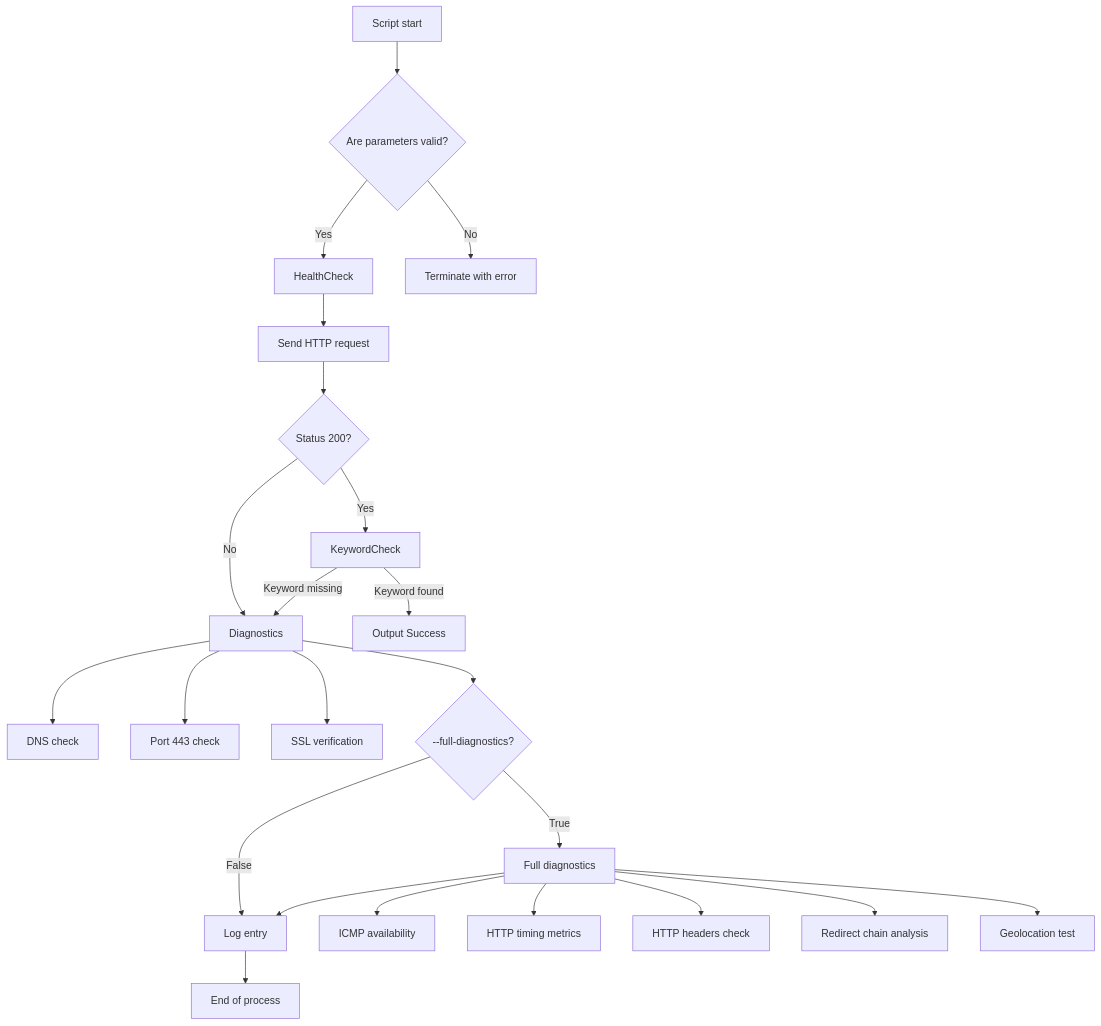
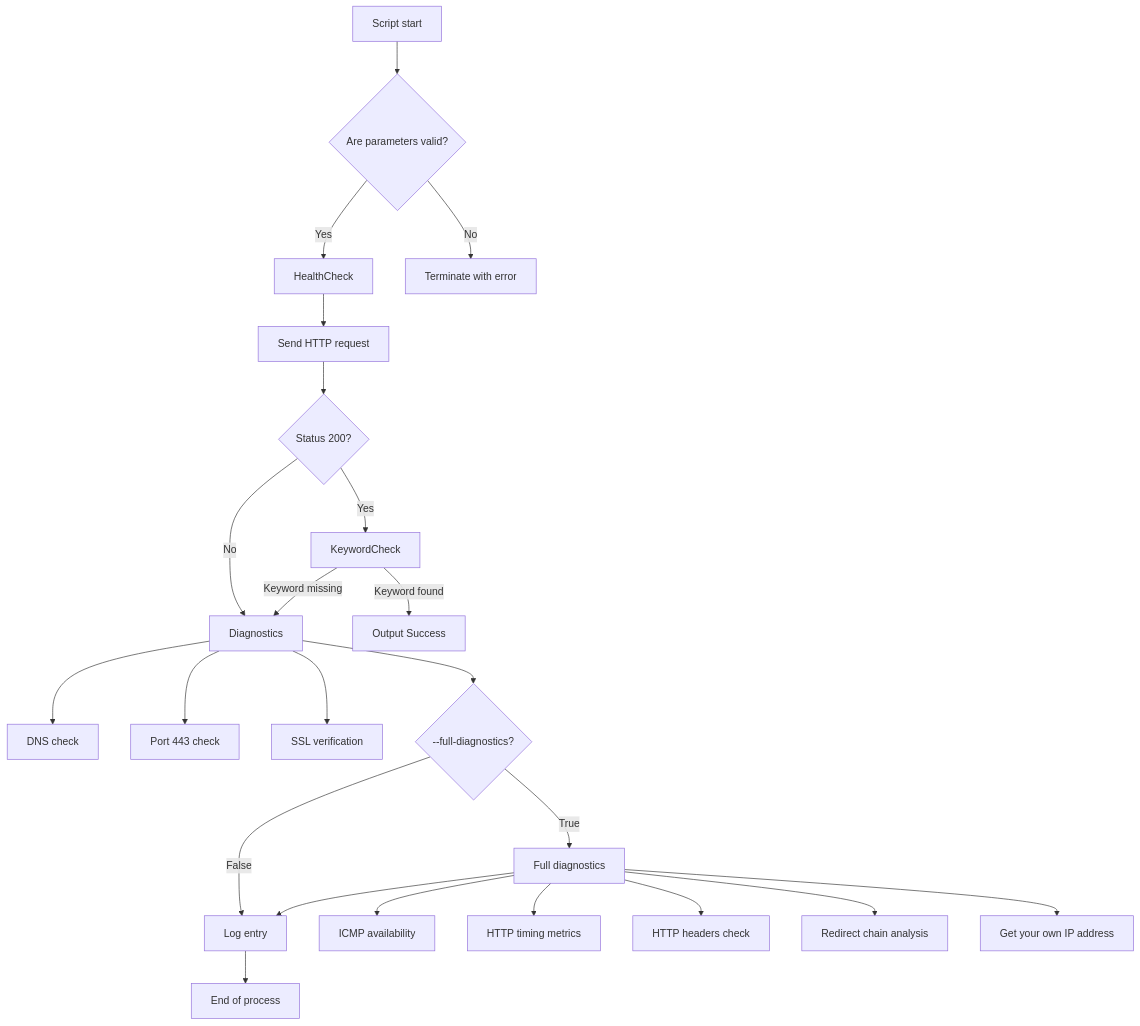
One commit to DeveloperDarkhan/servicehealth changed the diagram in README.md. Above: the diagram before and after it, drawn with Mermaid. The commit also changed 2 other files, not shown here.

Commit message:
Changed schema

````diff
--- a/README.md
+++ b/README.md
@@ -137,29 +137,29 @@
 ```mermaid
 graph TD;
     Start[Script start] --> ParamCheck{Are parameters valid?};
     ParamCheck -->|Yes| HealthCheck;
     ParamCheck -->|No| Error[Terminate with error];
     HealthCheck --> HTTPReq[Send HTTP request];
     HTTPReq --> StatusCheck{Status 200?};
     StatusCheck -->|Yes| KeywordCheck;
     StatusCheck -->|No| Diagnostics;
     KeywordCheck -->|Keyword found| SuccessOutput[Output Success];
     KeywordCheck -->|Keyword missing| Diagnostics;
 
     Diagnostics --> DNS[DNS check];
     Diagnostics --> Port[Port 443 check];
     Diagnostics --> SSL[SSL verification];
     Diagnostics --> CheckFullDiag{--full-diagnostics?};
 
     CheckFullDiag -->|True| FullDiagnostics[Full diagnostics];
     CheckFullDiag -->|False| Log[Log entry];
 
     FullDiagnostics --> Ping[ICMP availability];
     FullDiagnostics --> HTTPTiming[HTTP timing metrics];
     FullDiagnostics --> Headers[HTTP headers check];
     FullDiagnostics --> Redirects[Redirect chain analysis];
-    FullDiagnostics --> Geolocation[Geolocation test];
+    FullDiagnostics --> GetOwnIP[Get your own IP address];
     FullDiagnostics --> Log;
 
     Log --> Exit[End of process];
 ```
````
